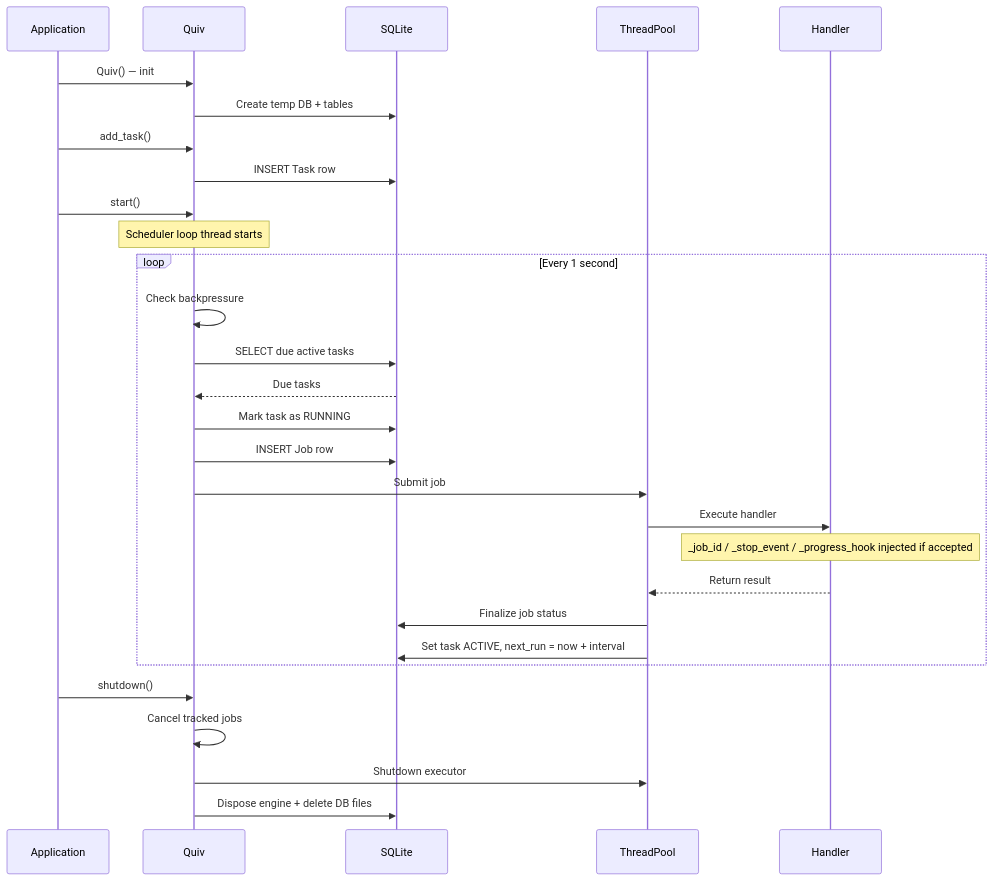
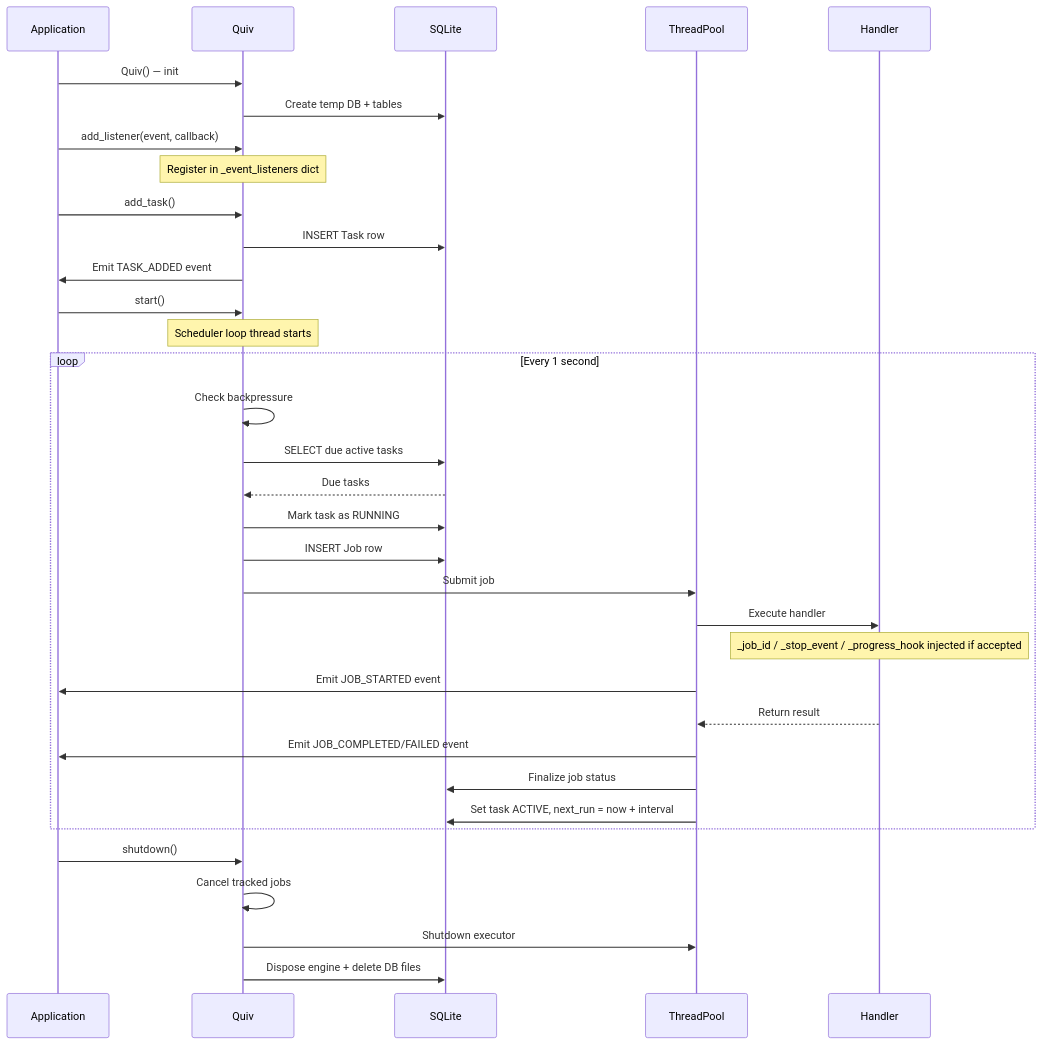
The diagram in docs/architecture.md (nandyalu/quiv), drawn with Mermaid before and after one commit. The commit also changed other lines of this file and 3 other files, not shown here.

Commit message:
upd: enhance documentation for main_loop and event listeners; clarify temporary event loop behavior for async callbacks

````diff
--- a/docs/architecture.md
+++ b/docs/architecture.md
@@ -15,36 +15,42 @@
 ```mermaid
 sequenceDiagram
     participant App as Application
     participant Q as Quiv
     participant DB as SQLite
     participant Pool as ThreadPool
     participant H as Handler
 
     App->>Q: Quiv() — init
     Q->>DB: Create temp DB + tables
 
+    App->>Q: add_listener(event, callback)
+    Note over Q: Register in _event_listeners dict
+
     App->>Q: add_task()
     Q->>DB: INSERT Task row
+    Q->>App: Emit TASK_ADDED event
 
     App->>Q: start()
     Note over Q: Scheduler loop thread starts
 
     loop Every 1 second
         Q->>Q: Check backpressure
         Q->>DB: SELECT due active tasks
         DB-->>Q: Due tasks
         Q->>DB: Mark task as RUNNING
         Q->>DB: INSERT Job row
         Q->>Pool: Submit job
         Pool->>H: Execute handler
         Note over H: _job_id / _stop_event / _progress_hook injected if accepted
+        Pool->>App: Emit JOB_STARTED event
         H-->>Pool: Return result
+        Pool->>App: Emit JOB_COMPLETED/FAILED event
         Pool->>DB: Finalize job status
         Pool->>DB: Set task ACTIVE, next_run = now + interval
     end
 
     App->>Q: shutdown()
     Q->>Q: Cancel tracked jobs
     Q->>Pool: Shutdown executor
     Q->>DB: Dispose engine + delete DB files
 ```
````
